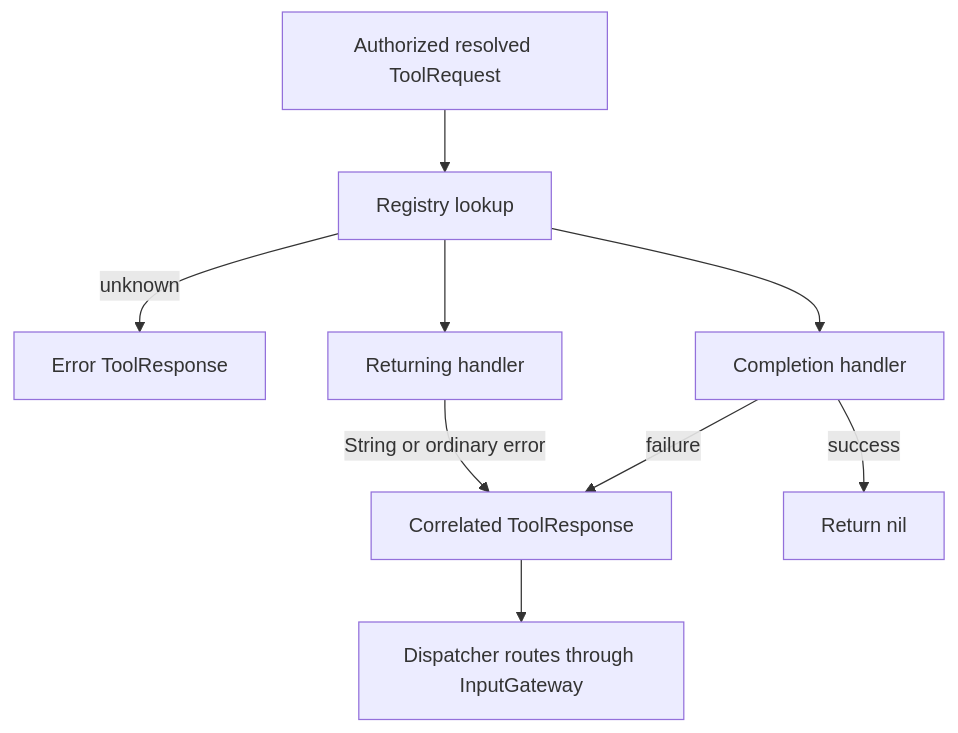
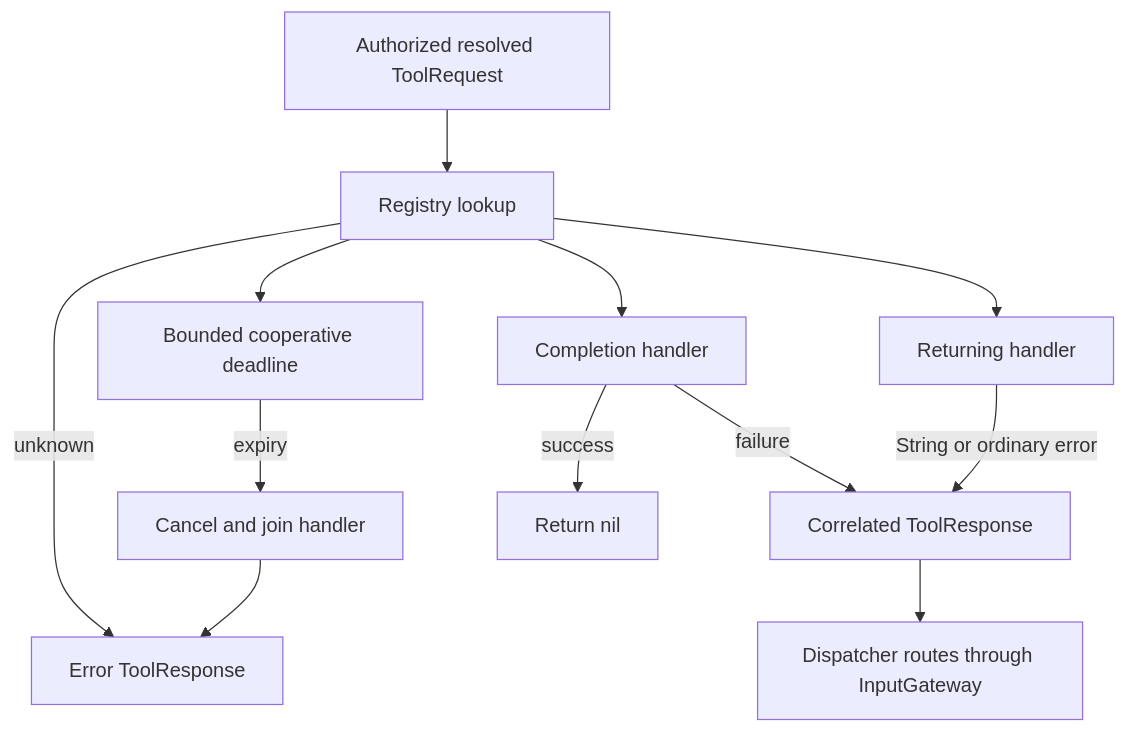
Before and after one commit to devilyouwei/MobileHarness: the second of 2 diagrams in MobileHarness/Tools/Runtime/README.md, drawn with Mermaid. The commit also changed other lines of this file and 38 other files, not shown here.

````diff
--- a/MobileHarness/Tools/Runtime/README.md
+++ b/MobileHarness/Tools/Runtime/README.md
@@ -32,11 +32,14 @@
 ```mermaid
 flowchart TD
     Call[Authorized resolved ToolRequest] --> Lookup[Registry lookup]
+    Lookup --> Deadline[Bounded cooperative deadline]
+    Deadline -->|expiry| Cleanup[Cancel and join handler]
+    Cleanup --> Error
     Lookup -->|unknown| Error[Error ToolResponse]
     Lookup --> Returning[Returning handler]
     Lookup --> Completion[Completion handler]
     Returning -->|String or ordinary error| Result[Correlated ToolResponse]
     Completion -->|success| Done[Return nil]
     Completion -->|failure| Result
     Result --> Input[Dispatcher routes through InputGateway]
 ```
````
